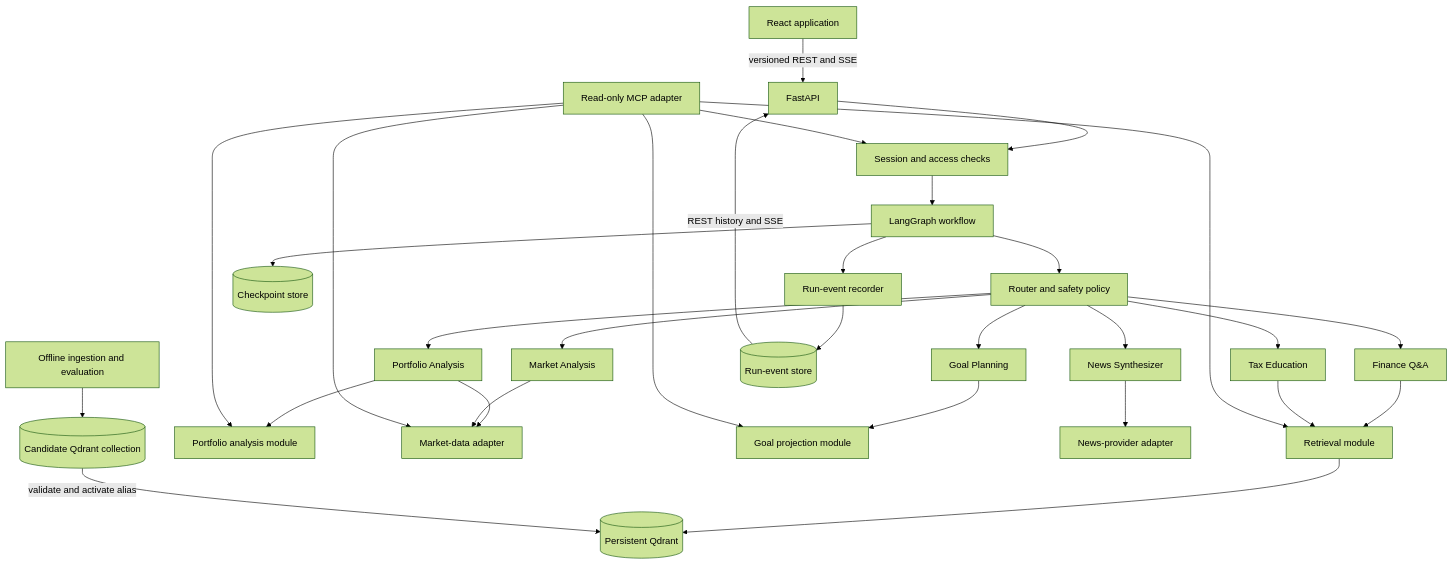
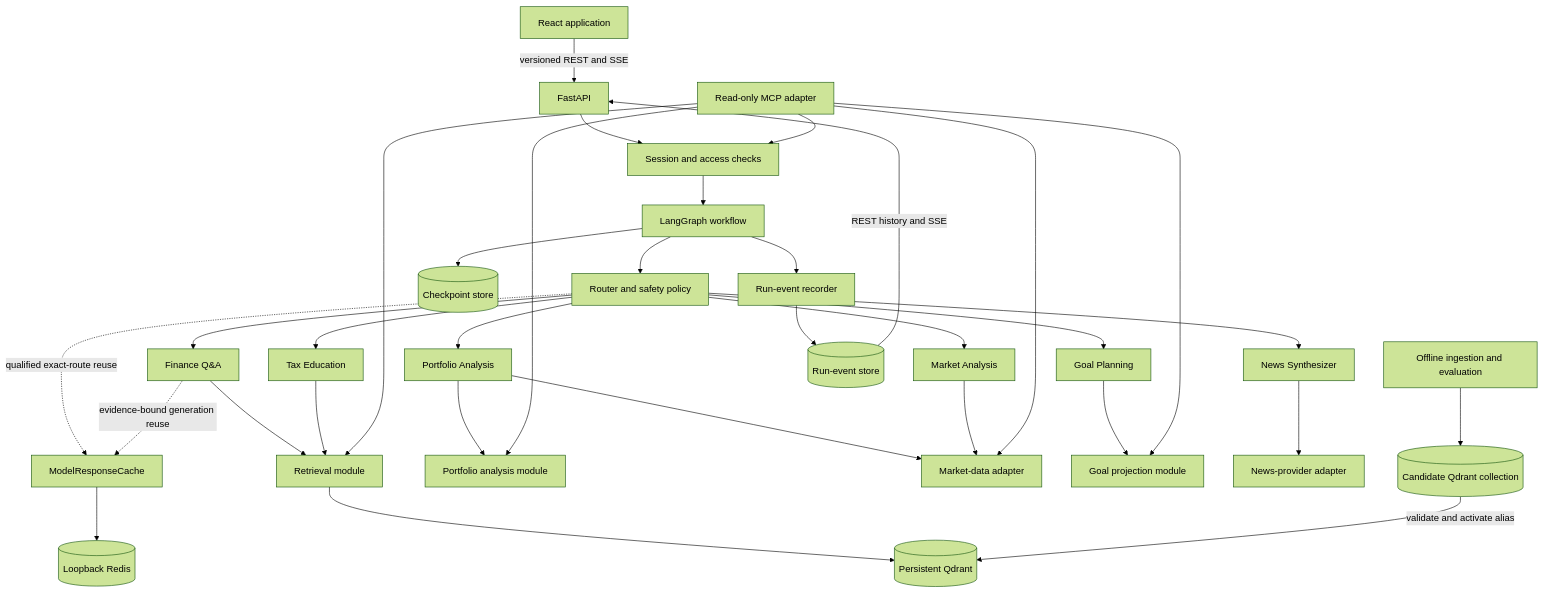
One commit to hankgalt/ai_finance_assitant changed the diagram in docs/03_system_design.md. Above: the diagram before and after it, drawn with Mermaid (forest theme). The commit also changed other lines of this file and 76 other files, not shown here.

```diff
--- a/docs/03_system_design.md
+++ b/docs/03_system_design.md
@@ -18,37 +18,40 @@
 ~~~mermaid
 flowchart TD
   UI[React application] -->|versioned REST and SSE| API[FastAPI]
   API --> AUTH[Session and access checks]
   AUTH --> GRAPH[LangGraph workflow]
   GRAPH --> ROUTER[Router and safety policy]
   ROUTER --> QA[Finance Q&A]
   ROUTER --> PORT[Portfolio Analysis]
   ROUTER --> MARKET[Market Analysis]
   ROUTER --> GOAL[Goal Planning]
   ROUTER --> NEWS[News Synthesizer]
   ROUTER --> TAX[Tax Education]
 
   QA --> RET[Retrieval module]
   TAX --> RET
   RET --> QD[(Persistent Qdrant)]
+  ROUTER -. qualified exact-route reuse .-> RC[ModelResponseCache]
+  QA -. evidence-bound generation reuse .-> RC
+  RC --> REDIS[(Loopback Redis)]
 
   PORT --> PM[Portfolio analysis module]
   PORT --> MDP[Market-data adapter]
   MARKET --> MDP
   GOAL --> GP[Goal projection module]
   NEWS --> NP[News-provider adapter]
 
   GRAPH --> CP[(Checkpoint store)]
   GRAPH --> EVENTS[Run-event recorder]
   EVENTS --> RS[(Run-event store)]
   RS -->|REST history and SSE| API
 
   INGEST[Offline ingestion and evaluation] --> CANDIDATE[(Candidate Qdrant collection)]
   CANDIDATE -->|validate and activate alias| QD
 
   MCP[Read-only MCP adapter] --> AUTH
   MCP --> RET
   MCP --> PM
   MCP --> GP
   MCP --> MDP
 ~~~
```
